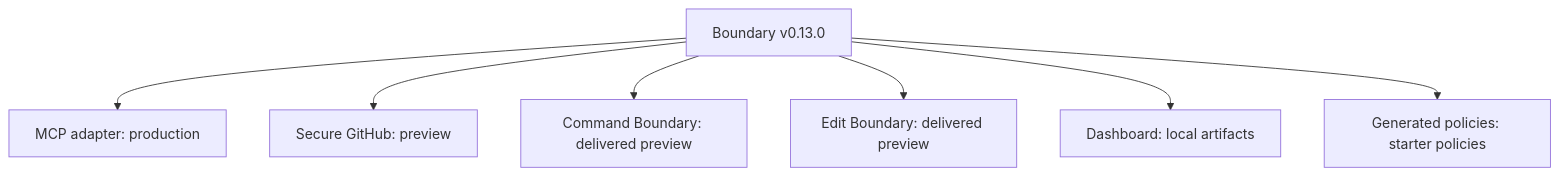
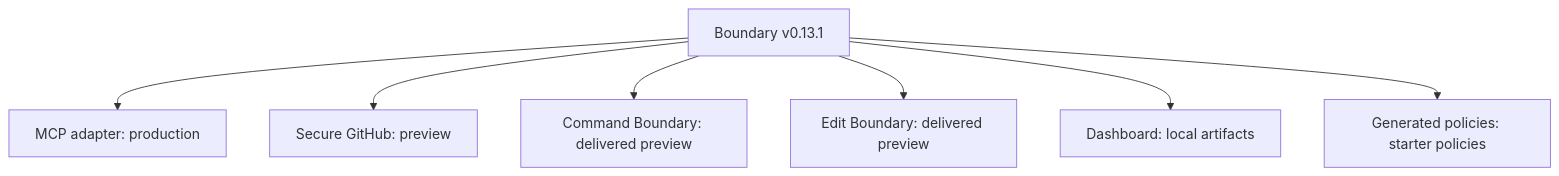
One commit to Fulcrum-Governance/Fulcrum-Boundary changed the diagram in docs/diagrams/surface-status.mmd. Above: the diagram before and after it, drawn with Mermaid. The commit also changed 19 other files, not shown here.

```diff
--- a/docs/diagrams/surface-status.mmd
+++ b/docs/diagrams/surface-status.mmd
@@ -1,7 +1,7 @@
 flowchart TB
-  B[Boundary v0.13.0] --> M[MCP adapter: production]
+  B[Boundary v0.13.1] --> M[MCP adapter: production]
   B --> G[Secure GitHub: preview]
   B --> C[Command Boundary: delivered preview]
   B --> E[Edit Boundary: delivered preview]
   B --> D[Dashboard: local artifacts]
   B --> P[Generated policies: starter policies]
```
